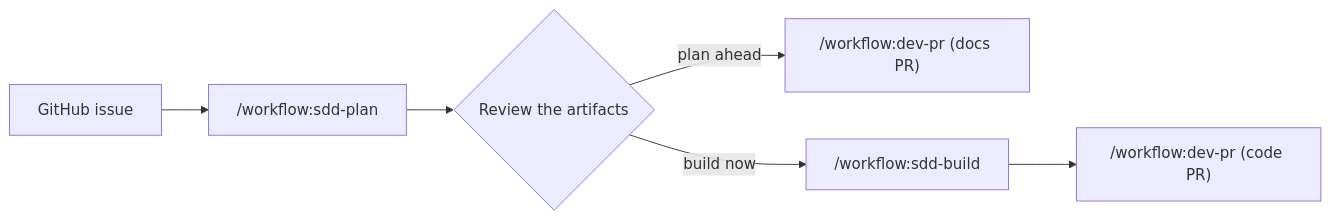
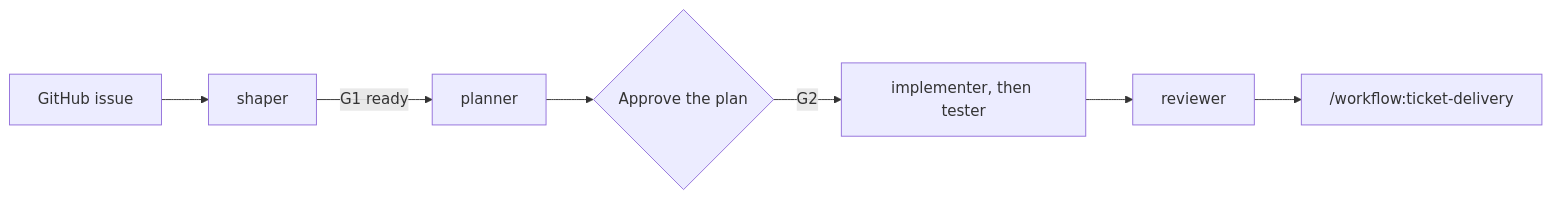
One commit to brawblan/ai-workflow changed the diagram in docs/tips/spec-driven-development.md. Above: the diagram before and after it, drawn with Mermaid. The commit also changed other lines of this file and 24 other files, not shown here.

First line of the commit message:
feat(workflow): remove OpenSpec support and add the planner role

````diff
--- a/docs/tips/spec-driven-development.md
+++ b/docs/tips/spec-driven-development.md
@@ -9,8 +11,9 @@
 ```mermaid
 flowchart LR
-  Issue[GitHub issue] --> Plan["/workflow:sdd-plan"]
-  Plan --> Review{Review the artifacts}
-  Review -- plan ahead --> DocsPR["/workflow:dev-pr (docs PR)"]
-  Review -- build now --> Build["/workflow:sdd-build"]
-  Build --> CodePR["/workflow:dev-pr (code PR)"]
+  Issue[GitHub issue] --> Shaper[shaper]
+  Shaper -->|G1 ready| Planner[planner]
+  Planner --> Review{Approve the plan}
+  Review -- G2 --> Build[implementer, then tester]
+  Build --> Reviewer[reviewer]
+  Reviewer --> CodePR["/workflow:ticket-delivery"]
 ```
````
